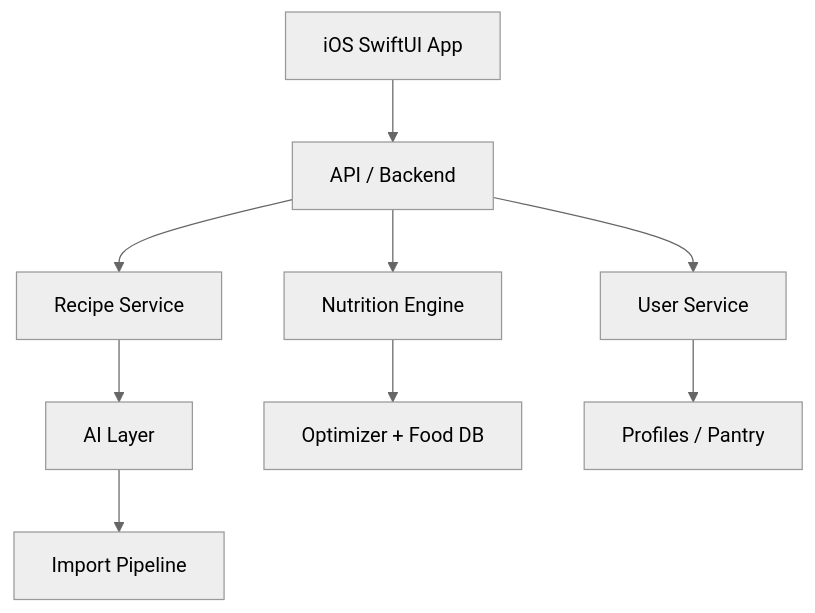
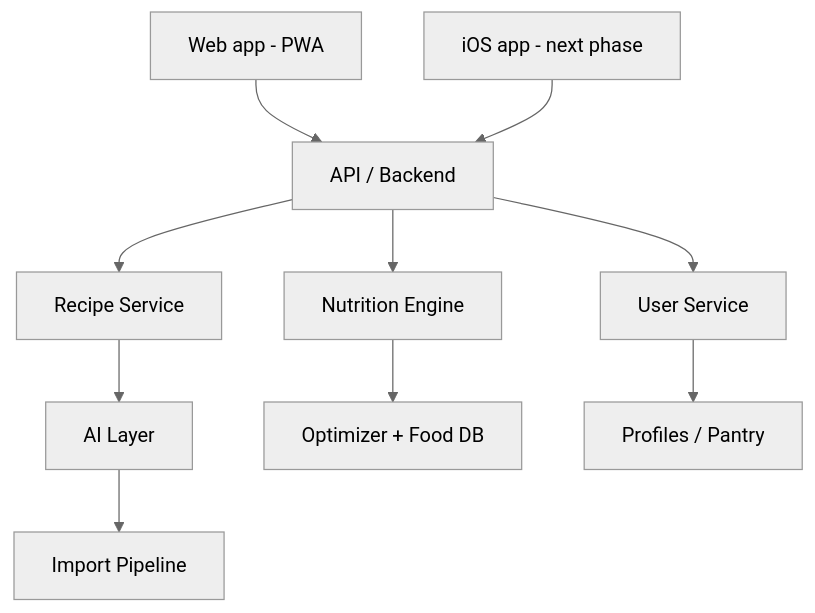
The diagram in docs/PRD.md (agnieszkakot93/fitmeal-ai), drawn with Mermaid (neutral theme) before and after one commit. The commit also changed other lines of this file and 2 other files, not shown here.

First line of the commit message:
docs: plan web-first PWA MVP with iOS as next phase

````diff
--- a/docs/PRD.md
+++ b/docs/PRD.md
@@ -225,11 +227,12 @@
 ```mermaid
 flowchart TD
-    A[iOS SwiftUI App] --> B[API / Backend]
+    A[Web app - PWA] --> B[API / Backend]
+    A2[iOS app - next phase] --> B
     B --> C[Recipe Service]
     B --> D[Nutrition Engine]
     B --> E[User Service]
     C --> F[AI Layer]
     D --> G[Optimizer + Food DB]
     E --> H[Profiles / Pantry]
     F --> I[Import Pipeline]
 ```
````
